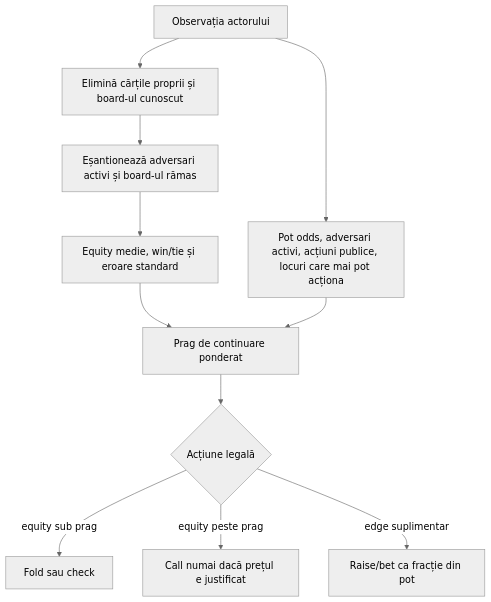
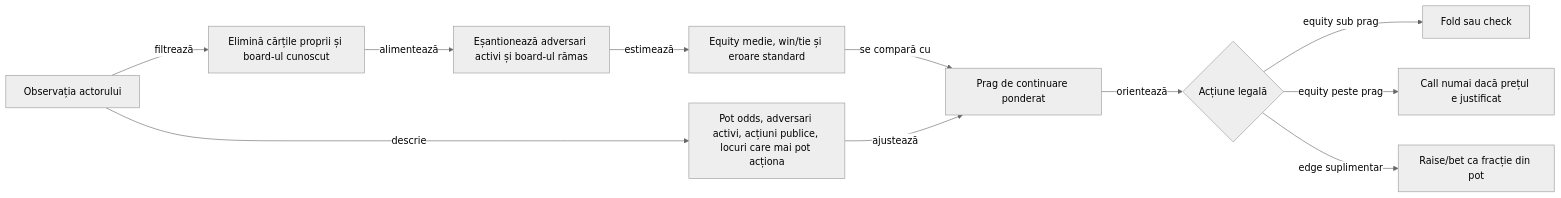
One commit to crististefanita/atf_j6 changed the first of 2 diagrams in docs/requirements/AI_REQUIREMENTS.md. Above: the diagram before and after it, drawn with Mermaid (neutral theme). The commit also changed other lines of this file and 108 other files, not shown here.

````diff
--- a/docs/requirements/AI_REQUIREMENTS.md
+++ b/docs/requirements/AI_REQUIREMENTS.md
@@ -43,13 +43,13 @@
 ```mermaid
-flowchart TD
-    OBS[Observația actorului] --> DECK[Elimină cărțile proprii și board-ul cunoscut]
-    DECK --> MC[Eșantionează adversari activi și board-ul rămas]
-    MC --> EQ[Equity medie, win/tie și eroare standard]
-    OBS --> CTX[Pot odds, adversari activi, acțiuni publice, locuri care mai pot acționa]
-    EQ --> RISK[Prag de continuare ponderat]
-    CTX --> RISK
-    RISK --> ACT{Acțiune legală}
+flowchart LR
+    OBS[Observația actorului] -->|filtrează| DECK[Elimină cărțile proprii și board-ul cunoscut]
+    DECK -->|alimentează| MC[Eșantionează adversari activi și board-ul rămas]
+    MC -->|estimează| EQ[Equity medie, win/tie și eroare standard]
+    OBS -->|descrie| CTX[Pot odds, adversari activi, acțiuni publice, locuri care mai pot acționa]
+    EQ -->|se compară cu| RISK[Prag de continuare ponderat]
+    CTX -->|ajustează| RISK
+    RISK -->|orientează| ACT{Acțiune legală}
     ACT -->|equity sub prag| FOLD[Fold sau check]
     ACT -->|equity peste prag| CALL[Call numai dacă prețul e justificat]
     ACT -->|edge suplimentar| RAISE[Raise/bet ca fracție din pot]
 ```
````
